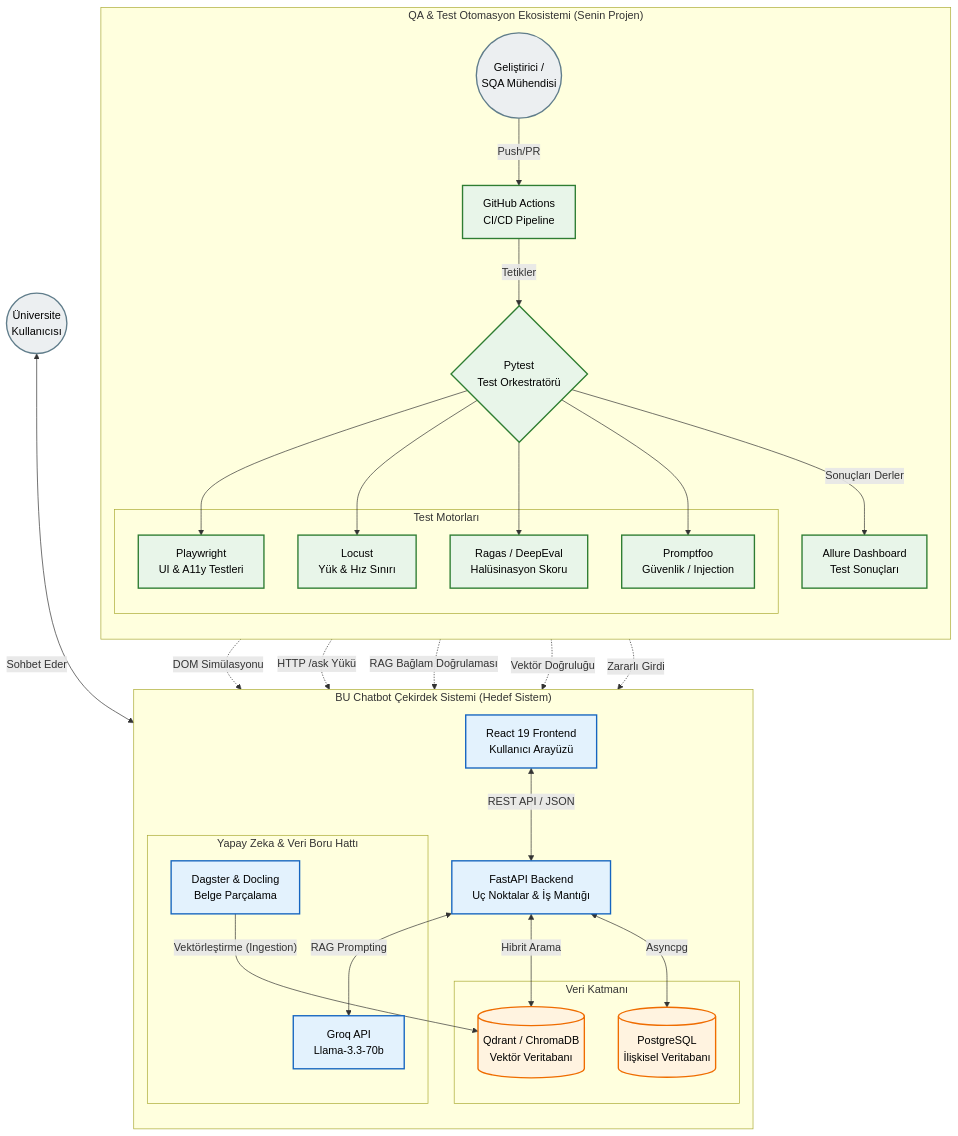
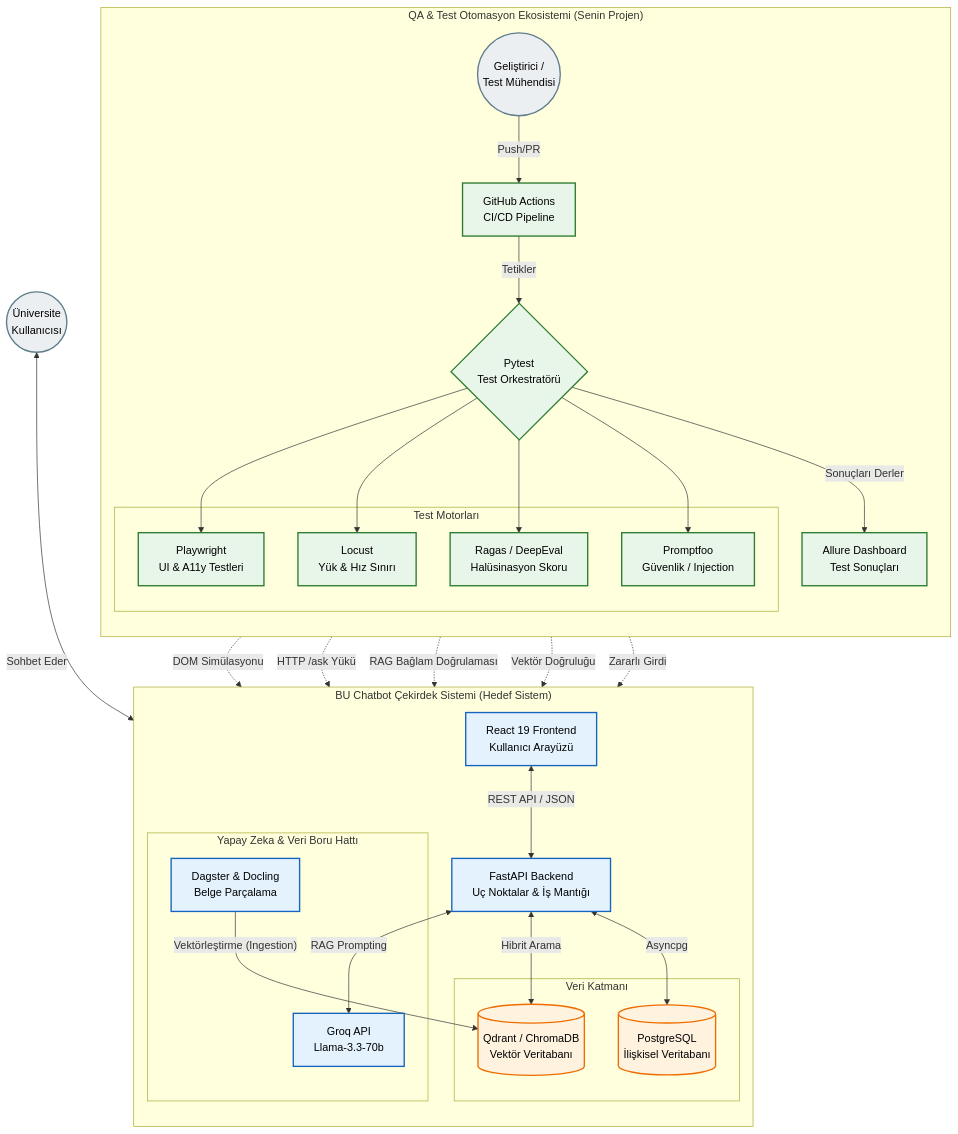
The diagram in README.md (ANIL08BY/bu-chatbot-qa-automation), drawn with Mermaid before and after one commit. The commit also changed other lines of this file, not shown here.

Commit message:
README.md güncellemesi

````diff
--- a/README.md
+++ b/README.md
@@ -29,72 +29,72 @@
 ```mermaid
 graph TB
     %% Kullanıcı ve CI/CD Tetikleyicileri
     User((Üniversite<br>Kullanıcısı))
-    Developer((Geliştirici / <br>SQA Mühendisi))
+    Developer((Geliştirici / <br>Test Mühendisi))
 
     subgraph QASystem["QA & Test Otomasyon Ekosistemi (Senin Projen)"]
         direction TB
         CICD[GitHub Actions<br>CI/CD Pipeline]
         Orchestrator{Pytest<br>Test Orkestratörü}
 
         subgraph TestMotorlari ["Test Motorları"]
             E2E[Playwright<br>UI & A11y Testleri]
             Load[Locust<br>Yük & Hız Sınırı]
             AIEval[Ragas / DeepEval<br>Halüsinasyon Skoru]
             Sec[Promptfoo<br>Güvenlik / Injection]
         end
 
         Report[Allure Dashboard<br>Test Sonuçları]
 
         Developer -->|"Push/PR"| CICD
         CICD -->|Tetikler| Orchestrator
         Orchestrator --> E2E
         Orchestrator --> Load
         Orchestrator --> AIEval
         Orchestrator --> Sec
         Orchestrator -->|"Sonuçları Derler"| Report
     end
 
     subgraph HedefSistem ["BU Chatbot Çekirdek Sistemi (Hedef Sistem)"]
         direction TB
         UI[React 19 Frontend<br>Kullanıcı Arayüzü]
         API[FastAPI Backend<br>Uç Noktalar & İş Mantığı]
 
         subgraph VeriKatmani ["Veri Katmanı"]
             DB[(PostgreSQL<br>İlişkisel Veritabanı)]
             VDB[(Qdrant / ChromaDB<br>Vektör Veritabanı)]
         end
 
         subgraph YZBoruHatti["Yapay Zeka & Veri Boru Hattı"]
             Pipeline[Dagster & Docling<br>Belge Parçalama]
             LLM[Groq API<br>Llama-3.3-70b]
         end
 
         UI <-->|"REST API / JSON"| API
         API <-->|Asyncpg| DB
         API <-->|"Hibrit Arama"| VDB
         API <-->|"RAG Prompting"| LLM
         Pipeline -->|"Vektörleştirme (Ingestion)"| VDB
     end
 
     %% Kullanıcı Etkileşimi
     User <-->|"Sohbet Eder"| UI
 
     %% Test Sisteminin Hedef Sistemle Etkileşimi
     E2E -.->|"DOM Simülasyonu"| UI
     Load -.->|"HTTP /ask Yükü"| API
     AIEval -.->|"RAG Bağlam Doğrulaması"| LLM
     AIEval -.->|"Vektör Doğruluğu"| VDB
     Sec -.->|"Zararlı Girdi"| API
 
     %% Stillendirme
     classDef user fill:#eceff1,stroke:#607d8b,stroke-width:2px,color:#000;
     classDef qa fill:#e8f5e9,stroke:#2e7d32,stroke-width:2px,color:#000;
     classDef core fill:#e3f2fd,stroke:#1565c0,stroke-width:2px,color:#000;
     classDef db fill:#fff3e0,stroke:#ef6c00,stroke-width:2px,color:#000;
 
     class User,Developer user;
     class CICD,Orchestrator,E2E,Load,AIEval,Sec,Report qa;
     class UI,API,Pipeline,LLM core;
     class DB,VDB db;
 ```
````
